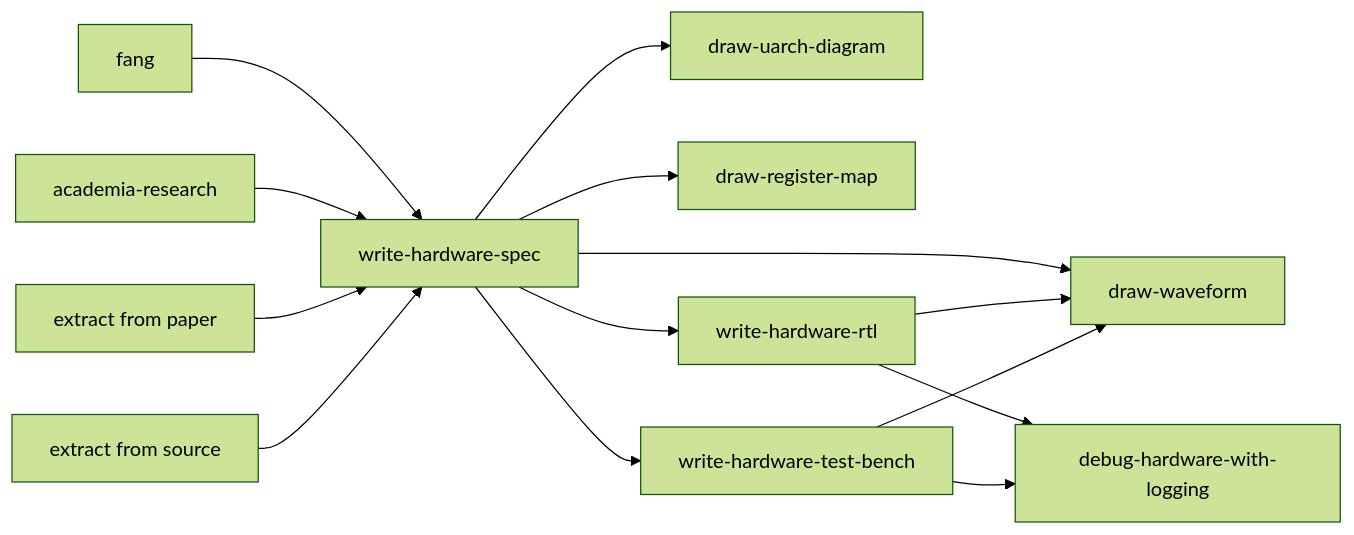
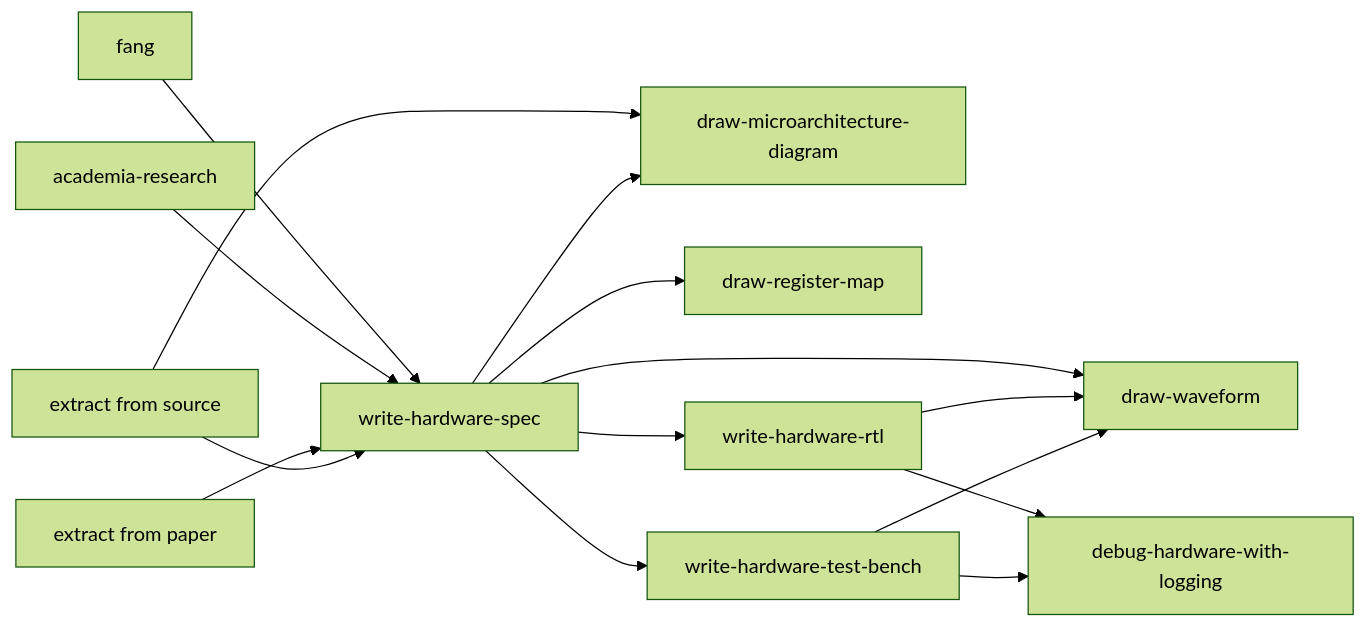
One commit to jimwang99/system-architect-skills changed the diagram in README.md. Above: the diagram before and after it, drawn with Mermaid (forest theme). The commit also changed other lines of this file and 7 other files, not shown here.

Commit message:
add draw-microarchitecture-diagram skill to academia-research and extract-architecture-knowledge-from-source

````diff
--- a/README.md
+++ b/README.md
@@ -38,16 +38,17 @@
 ```mermaid
 flowchart LR
     Fang[fang] --> Spec[write-hardware-spec]
     Research[academia-research] --> Spec
     Paper[extract from paper] --> Spec
     Source[extract from source] --> Spec
-    Spec --> Diagram[draw-uarch-diagram]
+    Source --> Diagram
+    Spec --> Diagram[draw-microarchitecture-diagram]
     Spec --> Wave[draw-waveform]
     Spec --> Registers[draw-register-map]
     Spec --> RTL[write-hardware-rtl]
     Spec --> TB[write-hardware-test-bench]
     RTL --> Wave
     TB --> Wave
     RTL --> Debug[debug-hardware-with-logging]
     TB --> Debug
 ```
````
